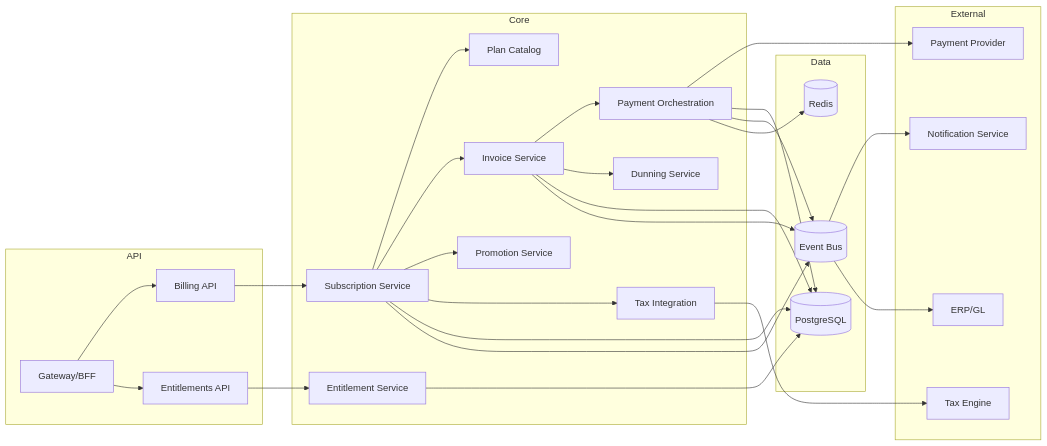
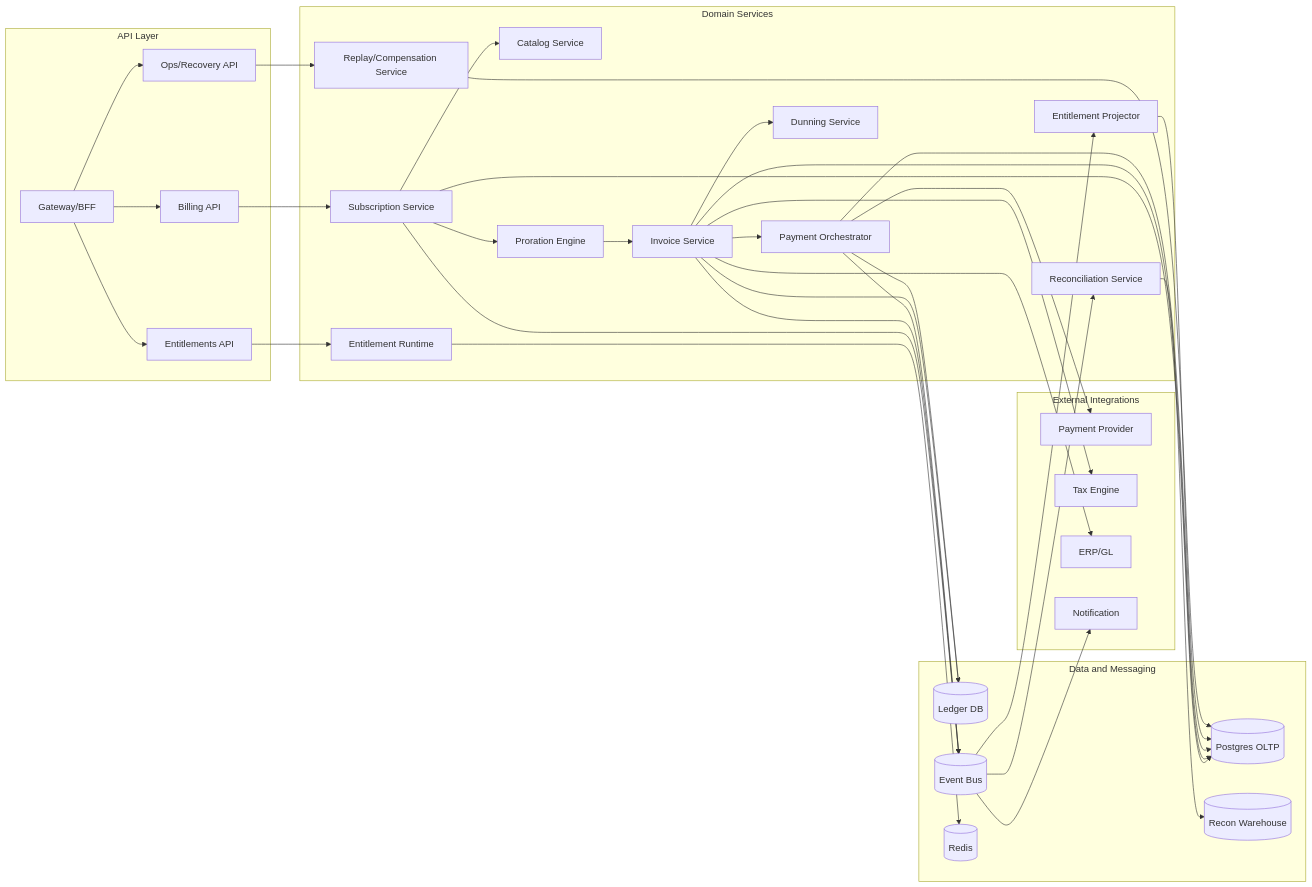
The first of 3 diagrams in Subscription Billing and Entitlements Platform/detailed-design/component-diagrams.md (0Ankit0/Project-Ideas), drawn with Mermaid before and after one commit. The commit also changed other lines of this file and 14 other files, not shown here.

Commit message:
Expand detailed design docs with implementation-ready schemas, APIs, and mermaid diagrams

````diff
--- a/Subscription Billing and Entitlements Platform/detailed-design/component-diagrams.md
+++ b/Subscription Billing and Entitlements Platform/detailed-design/component-diagrams.md
@@ -3,56 +4,67 @@
 ```mermaid
 flowchart LR
-    subgraph API
+    subgraph API[API Layer]
       GW[Gateway/BFF]
-      BillingAPI[Billing API]
+      BillAPI[Billing API]
       EntAPI[Entitlements API]
+      OpsAPI[Ops/Recovery API]
     end
 
-    subgraph Core
-      Catalog[Plan Catalog]
+    subgraph Core[Domain Services]
+      Catalog[Catalog Service]
       SubSvc[Subscription Service]
+      Proration[Proration Engine]
       InvoiceSvc[Invoice Service]
-      PaymentSvc[Payment Orchestration]
+      PaymentSvc[Payment Orchestrator]
       DunningSvc[Dunning Service]
-      EntSvc[Entitlement Service]
-      PromoSvc[Promotion Service]
-      TaxSvc[Tax Integration]
+      EntSvc[Entitlement Runtime]
+      EntProj[Entitlement Projector]
+      ReconSvc[Reconciliation Service]
+      RecoverySvc[Replay/Compensation Service]
     end
 
-    subgraph External
+    subgraph Integrations[External Integrations]
       PSP[Payment Provider]
       Tax[Tax Engine]
       ERP[ERP/GL]
-      Notify[Notification Service]
+      Notify[Notification]
     end
 
-    subgraph Data
-      DB[(PostgreSQL)]
-      MQ[(Event Bus)]
+    subgraph Data[Data and Messaging]
+      OLTP[(Postgres OLTP)]
+      Ledger[(Ledger DB)]
+      Bus[(Event Bus)]
       Cache[(Redis)]
+      Wh[(Recon Warehouse)]
     end
 
-    GW --> BillingAPI --> SubSvc
+    GW --> BillAPI --> SubSvc
     GW --> EntAPI --> EntSvc
+    GW --> OpsAPI --> RecoverySvc
 
     SubSvc --> Catalog
-    SubSvc --> InvoiceSvc
+    SubSvc --> Proration
+    Proration --> InvoiceSvc
     InvoiceSvc --> PaymentSvc
+    InvoiceSvc --> DunningSvc
     PaymentSvc --> PSP
-    InvoiceSvc --> DunningSvc
-    SubSvc --> PromoSvc
-    SubSvc --> TaxSvc
-    TaxSvc --> Tax
+    InvoiceSvc --> Tax
+    InvoiceSvc --> ERP
 
-    SubSvc --> DB
-    InvoiceSvc --> DB
-    PaymentSvc --> DB
-    EntSvc --> DB
+    SubSvc --> OLTP
+    InvoiceSvc --> OLTP
+    PaymentSvc --> OLTP
+    EntSvc --> Cache
+    EntProj --> OLTP
+    ReconSvc --> Wh
+    RecoverySvc --> OLTP
+    InvoiceSvc --> Ledger
+    PaymentSvc --> Ledger
 
-    SubSvc --> MQ
-    InvoiceSvc --> MQ
-    PaymentSvc --> MQ
-    MQ --> Notify
-    MQ --> ERP
-    PaymentSvc --> Cache
+    SubSvc --> Bus
+    InvoiceSvc --> Bus
+    PaymentSvc --> Bus
+    Bus --> EntProj
+    Bus --> ReconSvc
+    Bus --> Notify
 ```
````
